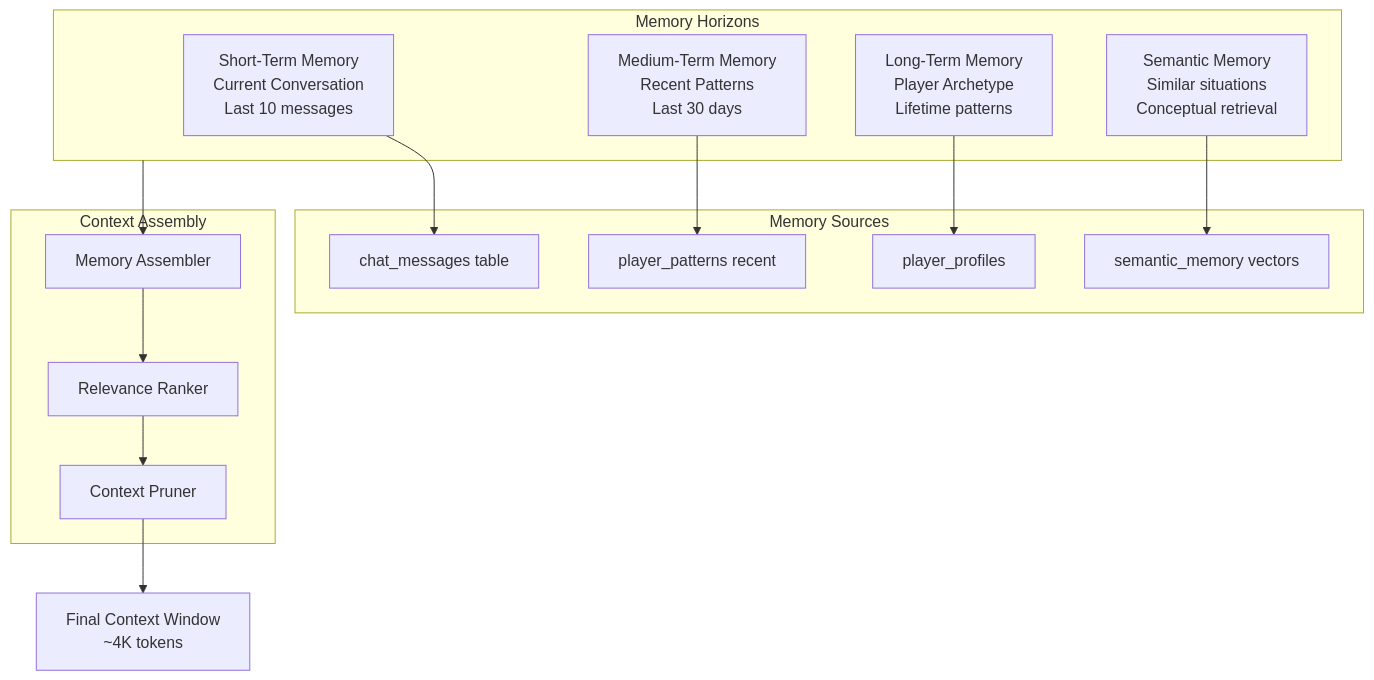
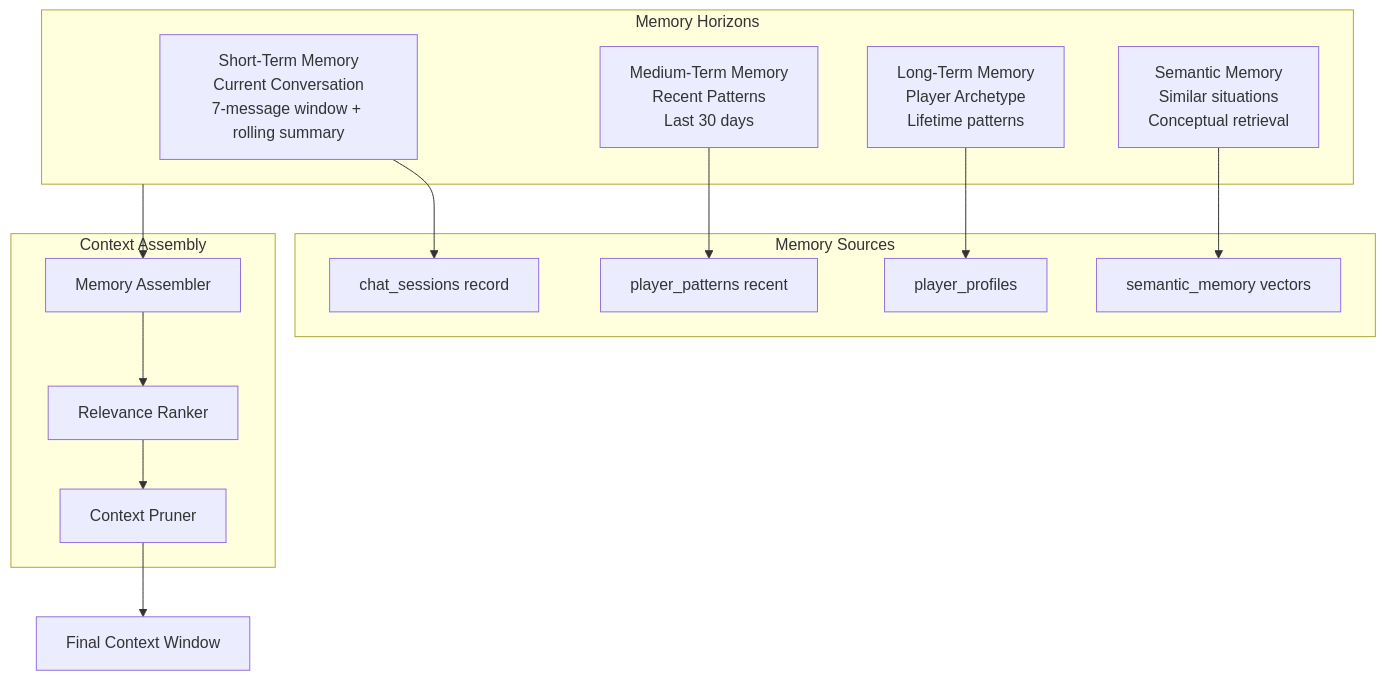
Before and after one commit to ArcnetLabs/chess-AI: the second of 6 diagrams in docs/architecture/MEMORY_RETRIEVAL_CONTEXT_ARCHITECTURE.md, drawn with Mermaid. The commit also changed other lines of this file and 5 other files, not shown here.

First line of the commit message:
﻿docs: player-intelligence phase 1 audit and target architecture

````diff
--- a/docs/architecture/MEMORY_RETRIEVAL_CONTEXT_ARCHITECTURE.md
+++ b/docs/architecture/MEMORY_RETRIEVAL_CONTEXT_ARCHITECTURE.md
@@ -286,32 +285,32 @@
 ```mermaid
 flowchart TB
     subgraph MemoryHorizons["Memory Horizons"]
-        STM[Short-Term Memory<br/>Current Conversation<br/>Last 10 messages]
+        STM[Short-Term Memory<br/>Current Conversation<br/>7-message window + rolling summary]
         MTM[Medium-Term Memory<br/>Recent Patterns<br/>Last 30 days]
         LTM[Long-Term Memory<br/>Player Archetype<br/>Lifetime patterns]
         SEM[Semantic Memory<br/>Similar situations<br/>Conceptual retrieval]
     end
 
     subgraph Sources["Memory Sources"]
-        CHAT[chat_messages table]
+        CHAT[chat_sessions record]
         RECENT[player_patterns recent]
         PROFILE[player_profiles]
         VECT[semantic_memory vectors]
     end
 
     STM --> CHAT
     MTM --> RECENT
     LTM --> PROFILE
     SEM --> VECT
 
     subgraph Assembly["Context Assembly"]
         ASSEMBLER[Memory Assembler]
         RANKER[Relevance Ranker]
         PRUNER[Context Pruner]
     end
 
     MemoryHorizons --> ASSEMBLER
     ASSEMBLER --> RANKER
     RANKER --> PRUNER
-    PRUNER --> CONTEXT[Final Context Window<br/>~4K tokens]
+    PRUNER --> CONTEXT[Final Context Window]
 ```
````
